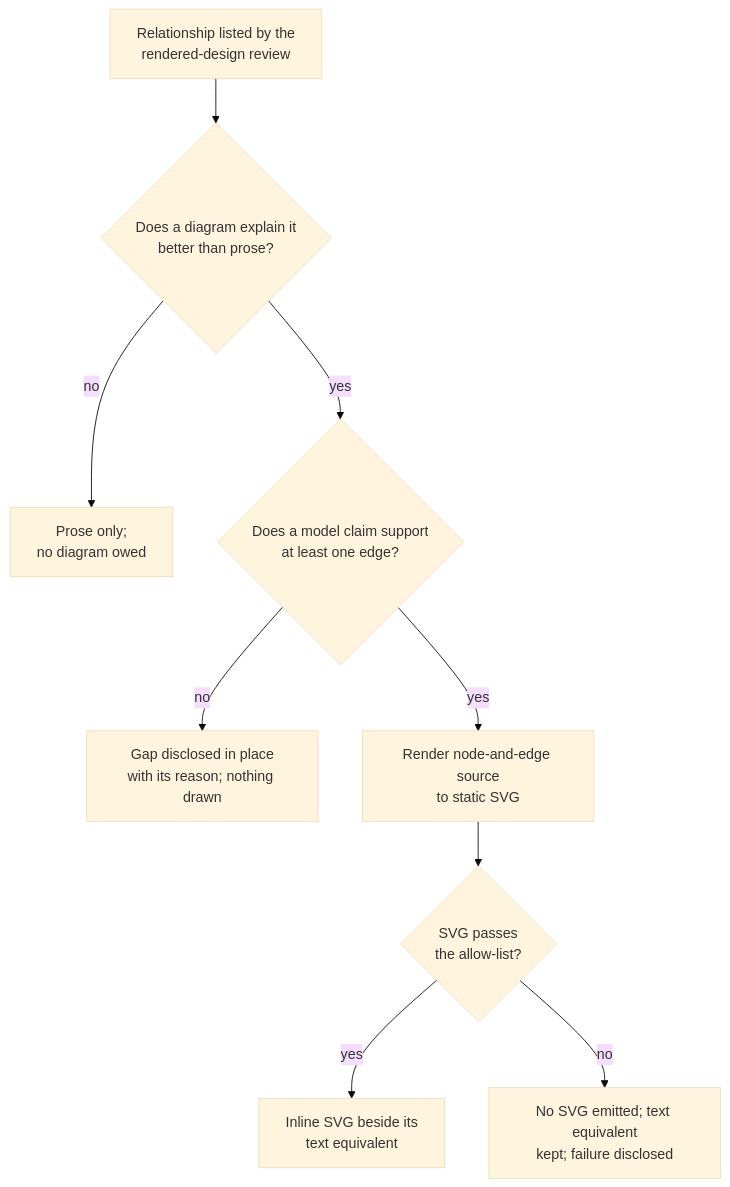
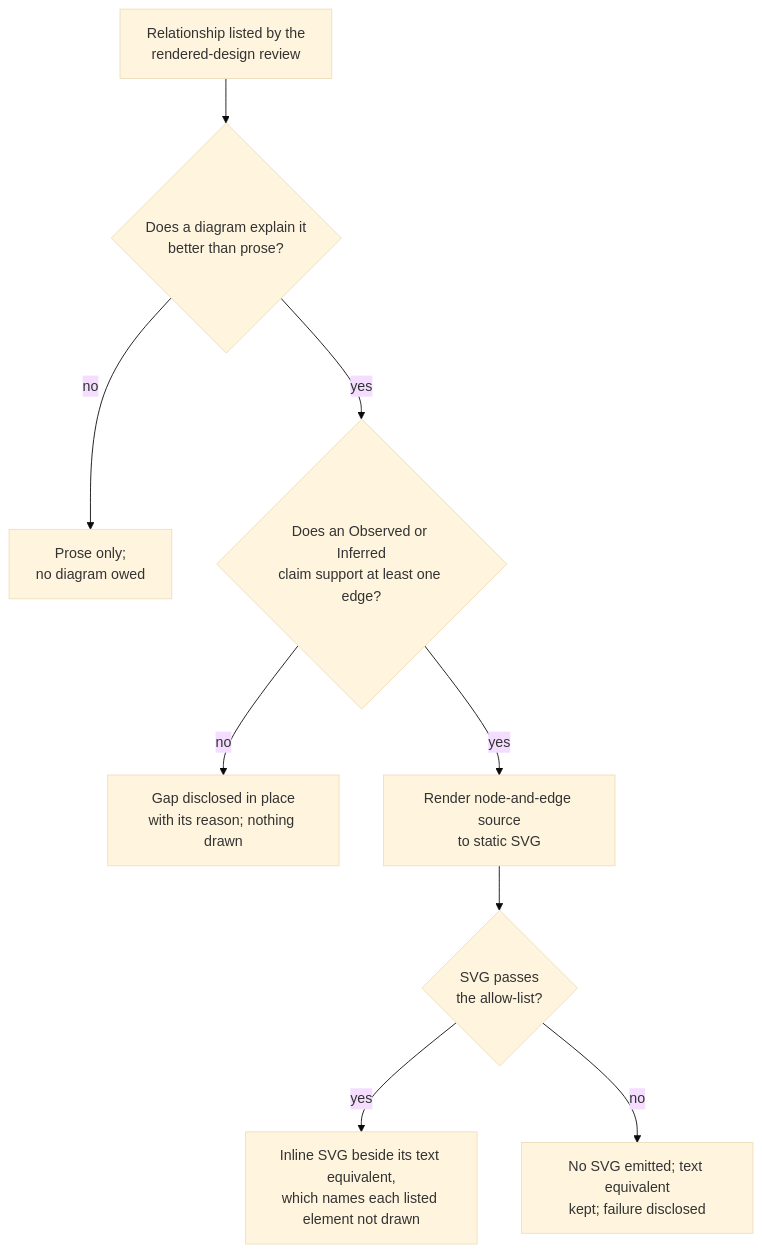
One commit to Tzeusy/syzygy changed the diagram in .syzygy/governance/contracts/candidates/pwb-tree-framing-amendment/SEMANTIC-DELTA.md. Above: the diagram before and after it, drawn with Mermaid (base theme). The commit also changed other lines of this file and 14 other files, not shown here.

````diff
--- a/.syzygy/governance/contracts/candidates/pwb-tree-framing-amendment/SEMANTIC-DELTA.md
+++ b/.syzygy/governance/contracts/candidates/pwb-tree-framing-amendment/SEMANTIC-DELTA.md
@@ -41,11 +42,11 @@
 ```mermaid
 flowchart TD
     L["Relationship listed by the<br/>rendered-design review"] --> Q{"Does a diagram explain it<br/>better than prose?"}
     Q -- "no" --> N["Prose only;<br/>no diagram owed"]
-    Q -- "yes" --> D{"Does a model claim support<br/>at least one edge?"}
+    Q -- "yes" --> D{"Does an Observed or Inferred<br/>claim support at least one edge?"}
     D -- "no" --> G["Gap disclosed in place<br/>with its reason; nothing drawn"]
     D -- "yes" --> R["Render node-and-edge source<br/>to static SVG"]
     R --> V{"SVG passes<br/>the allow-list?"}
-    V -- "yes" --> S["Inline SVG beside its<br/>text equivalent"]
+    V -- "yes" --> S["Inline SVG beside its text equivalent,<br/>which names each listed element not drawn"]
     V -- "no" --> F["No SVG emitted; text equivalent<br/>kept; failure disclosed"]
 ```
````
